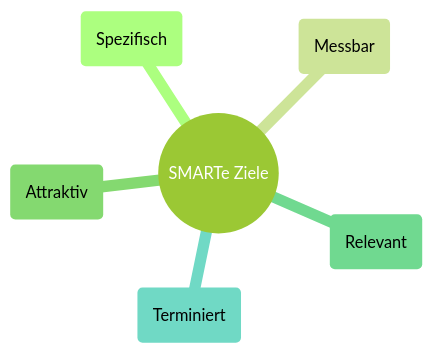
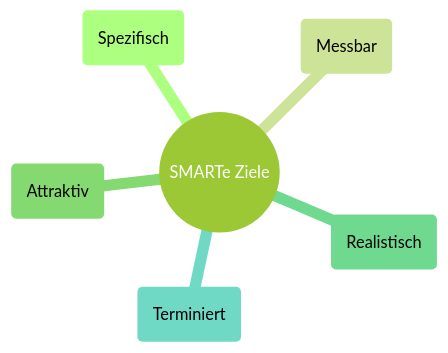
One commit to mrossde/PE1_PE2 changed the diagram in SMART.qmd. Above: the diagram before and after it, drawn with Mermaid. The commit also changed other lines of this file, not shown here.

````diff
--- a/SMART.qmd
+++ b/SMART.qmd
@@ -71,13 +71,13 @@
 ```{mermaid}
 %%| label: fig-label-mmsmart
 %%| fig-cap: "Anforderungen an SMARTe Ziele"
 %%| echo: false
 %%{init: {'theme': 'forest'}}%%
 mindmap
   root((SMARTe Ziele))
     (Spezifisch)
     (Messbar)
     (Attraktiv)
-    (Relevant)
+    (Realistisch)
     (Terminiert)
 ```
````
